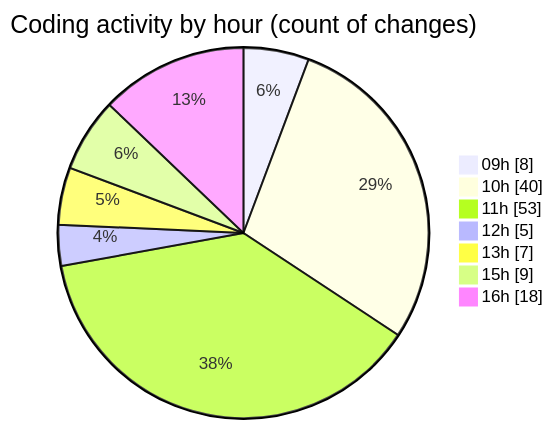
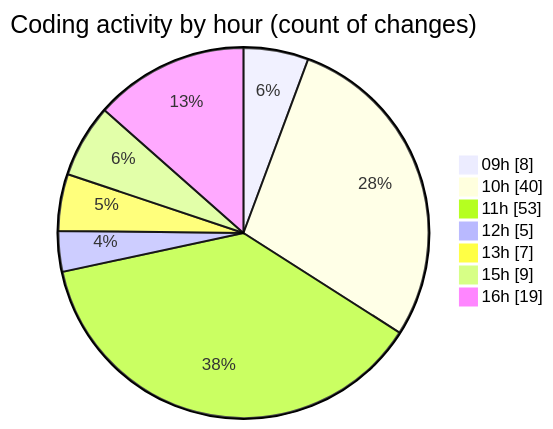
One commit to momahboobian/code-tracking changed the second of 2 diagrams in 2025-09-01/cda/README.md. Above: the diagram before and after it, drawn with Mermaid. The commit also changed other lines of this file and 1 other file, not shown here.

````diff
--- a/2025-09-01/cda/README.md
+++ b/2025-09-01/cda/README.md
@@ -44,11 +44,11 @@
 ```mermaid
 pie showData
 title Coding activity by hour (count of changes)
 "09h" : 8
 "10h" : 40
 "11h" : 53
 "12h" : 5
 "13h" : 7
 "15h" : 9
-"16h" : 18
+"16h" : 19
 ```
````
